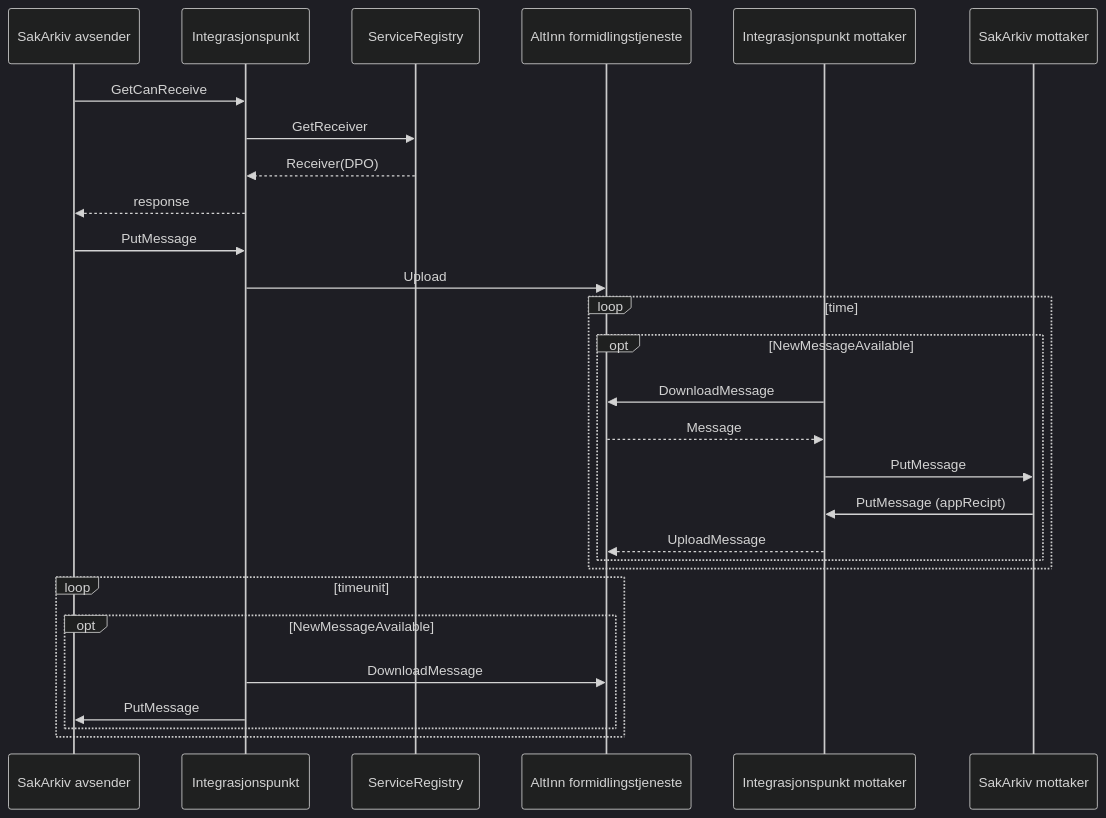
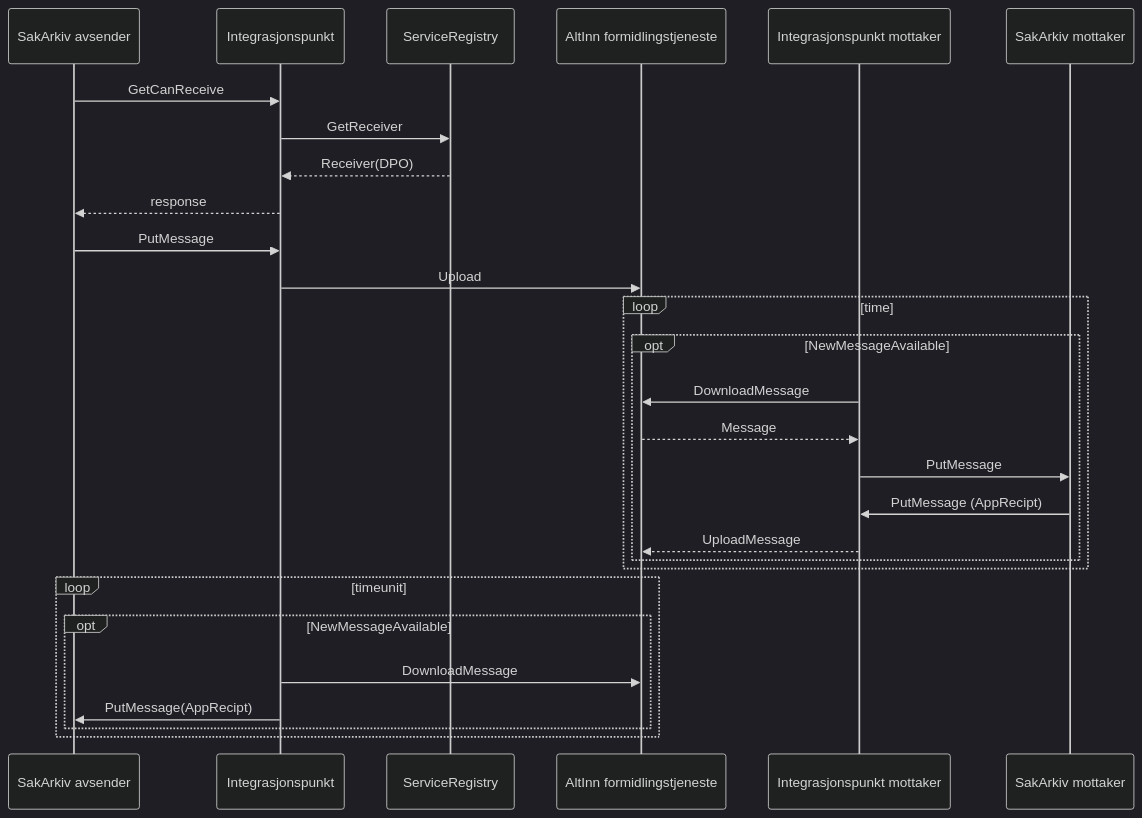
The first of 6 diagrams in pages/Integrasjonspunktet/messagetypes.md (difi/eformidling), drawn with Mermaid (dark theme) before and after one commit. The commit also changed other lines of this file and 12 other files, not shown here.

````diff
--- a/pages/Integrasjonspunktet/messagetypes.md
+++ b/pages/Integrasjonspunktet/messagetypes.md
@@ -27,31 +25,31 @@
-```mermaid
+<div class="mermaid">
 sequenceDiagram
     participant saa as SakArkiv avsender
     participant ipa as Integrasjonspunkt 
     participant sr as ServiceRegistry
     participant mf  as AltInn formidlingstjeneste
     participant ipm as Integrasjonspunkt mottaker
     participant sam as SakArkiv mottaker
 
     saa->>ipa: GetCanReceive
     ipa->>sr: GetReceiver
     sr-->>ipa: Receiver(DPO)
     ipa-->>saa:response
     saa->>ipa: PutMessage
     ipa->>mf: Upload
     loop time
         opt NewMessageAvailable 
             ipm->>mf: DownloadMessage
             mf-->>ipm: Message
             ipm->>sam: PutMessage
-            sam->>ipm: PutMessage (appRecipt)
+            sam->>ipm: PutMessage (AppRecipt)
             ipm-->>mf: UploadMessage
         end
     end
     loop timeunit
         opt NewMessageAvailable 
             ipa->>mf: DownloadMessage
-            ipa->>saa: PutMessage
+            ipa->>saa: PutMessage(AppRecipt)
         end
     end
-```
+</div>
````
